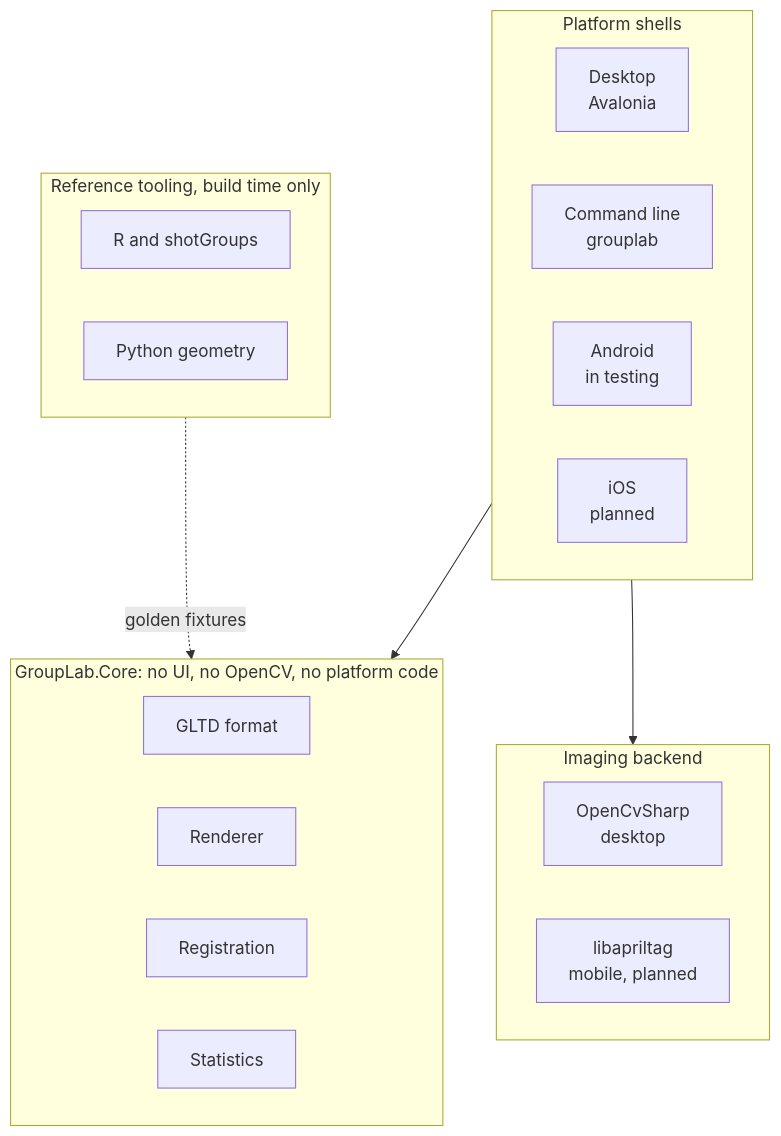
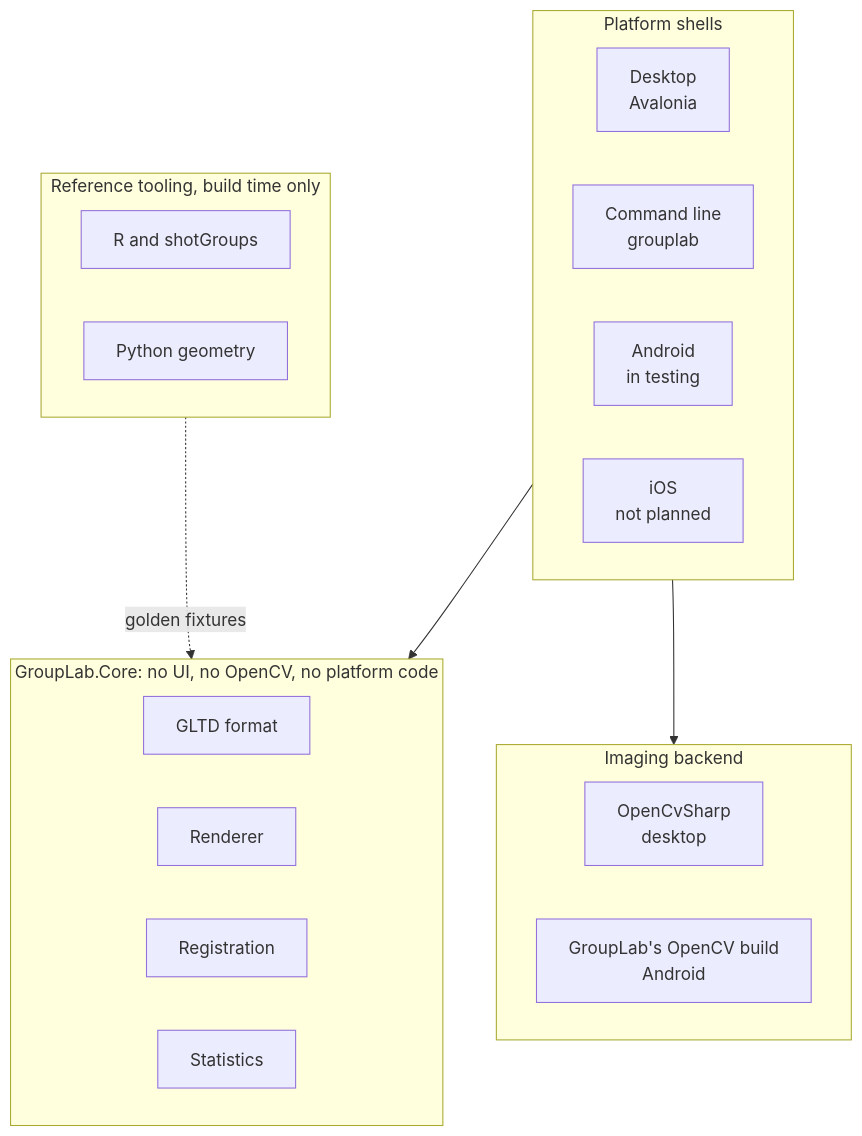
The second of 2 diagrams in README.md (oRAirwolf/grouplab), drawn with Mermaid before and after one commit. The commit also changed other lines of this file and 19 other files, not shown here.

````diff
--- a/README.md
+++ b/README.md
@@ -548,34 +550,34 @@
 ```mermaid
 flowchart TB
     subgraph shells["Platform shells"]
         direction LR
         APP["Desktop<br/>Avalonia"]
         CLI["Command line<br/>grouplab"]
         AND["Android<br/>in testing"]
-        IOS["iOS<br/>planned"]
+        IOS["iOS<br/>not planned"]
     end
 
     subgraph img["Imaging backend"]
         direction LR
         CV["OpenCvSharp<br/>desktop"]
-        AT["libapriltag<br/>mobile, planned"]
+        AT["GroupLab's OpenCV build<br/>Android"]
     end
 
     subgraph core["GroupLab.Core: no UI, no OpenCV, no platform code"]
         direction LR
         FMT["GLTD format"]
         REN["Renderer"]
         REG["Registration"]
         STAT["Statistics"]
     end
 
     subgraph ref["Reference tooling, build time only"]
         direction LR
         RR["R and shotGroups"]
         PY["Python geometry"]
     end
 
     shells --> core
     shells --> img
     ref -.->|"golden fixtures"| core
 ```
````
